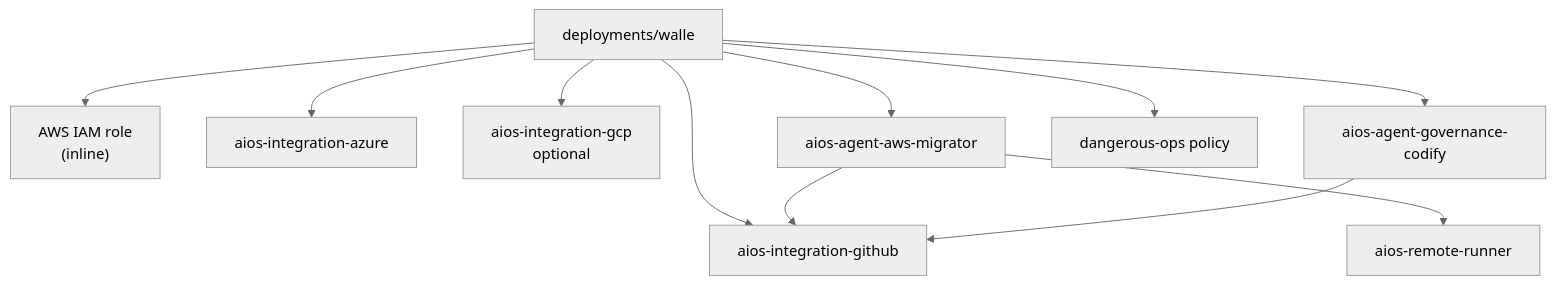
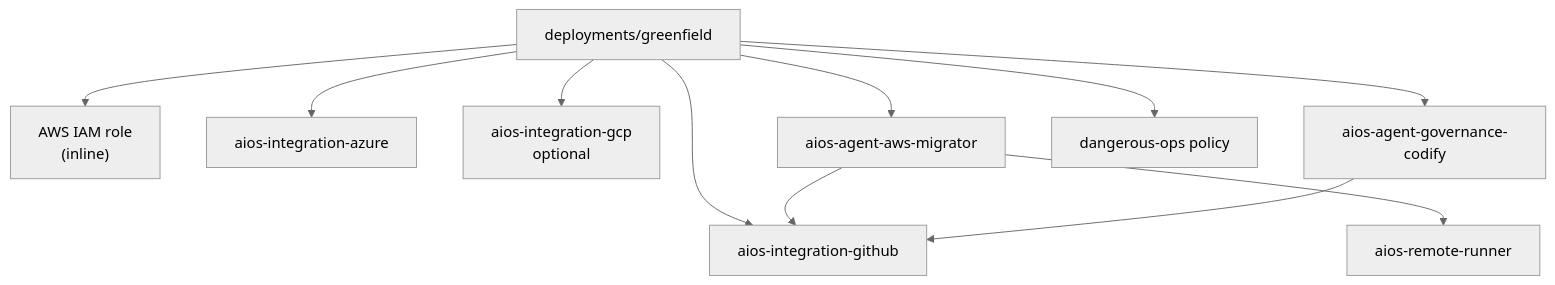
Before and after one commit to appcd-dev/terraform-provider-aws: the diagram in agent-pipeline-config/README.md, drawn with Mermaid (neutral theme). The commit also changed other lines of this file and 34 other files, not shown here.

````diff
--- a/agent-pipeline-config/README.md
+++ b/agent-pipeline-config/README.md
@@ -11,23 +11,23 @@
 ```mermaid
 flowchart TB
-  walle["deployments/walle"]
+  greenfield["deployments/greenfield"]
   aws_iam["AWS IAM role\n(inline)"]
   github["aios-integration-github"]
   azure["aios-integration-azure"]
   gcp["aios-integration-gcp\noptional"]
   runner["aios-remote-runner"]
   migrator["aios-agent-aws-migrator"]
   codify["aios-agent-governance-codify"]
   policy["dangerous-ops policy"]
 
-  walle --> aws_iam
-  walle --> github
-  walle --> azure
-  walle --> gcp
-  walle --> policy
-  walle --> migrator
-  walle --> codify
+  greenfield --> aws_iam
+  greenfield --> github
+  greenfield --> azure
+  greenfield --> gcp
+  greenfield --> policy
+  greenfield --> migrator
+  greenfield --> codify
   migrator --> runner
   migrator --> github
   codify --> github
 ```
````
